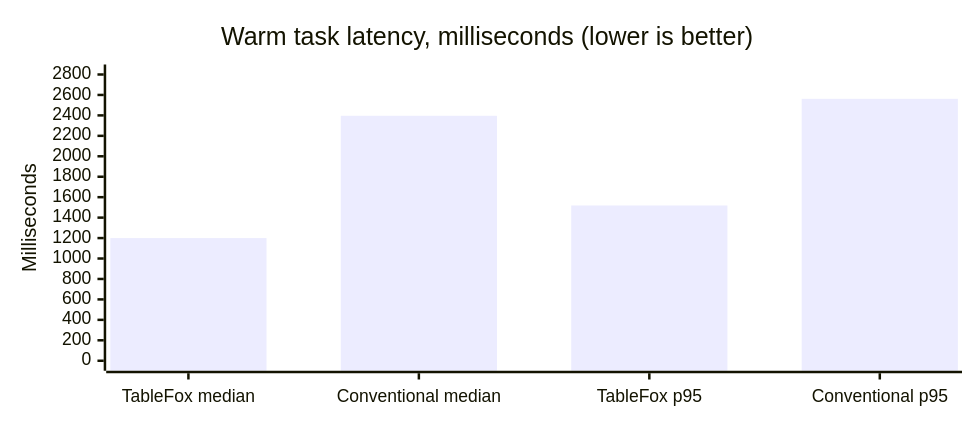
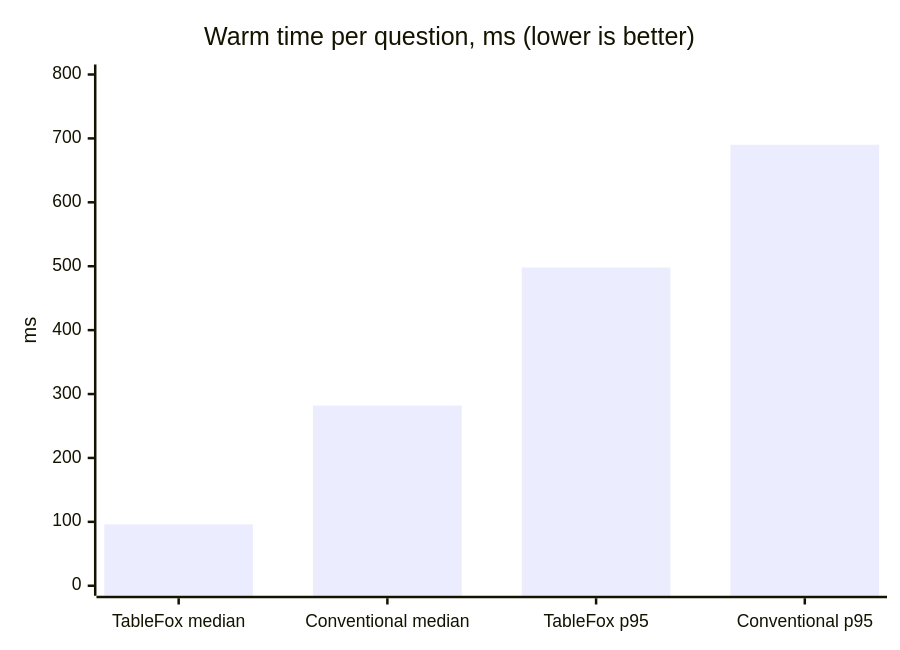
One commit to Adhrit-Verma/TableFox changed the second of 3 diagrams in README.md. Above: the diagram before and after it, drawn with Mermaid. The commit also changed other lines of this file and 9 other files, not shown here.

````diff
--- a/README.md
+++ b/README.md
@@ -78,13 +86,7 @@
 ```mermaid
----
-config:
-  xyChart:
-    width: 760
-    height: 320
----
 xychart-beta
-    title "Warm task latency, milliseconds (lower is better)"
+    title "Warm time per question, ms (lower is better)"
     x-axis ["TableFox median", "Conventional median", "TableFox p95", "Conventional p95"]
-    y-axis "Milliseconds" 0 --> 2800
-    bar [1200, 2396, 1519, 2562]
+    y-axis "ms" 0 --> 800
+    bar [96, 282, 498, 690]
 ```
````
